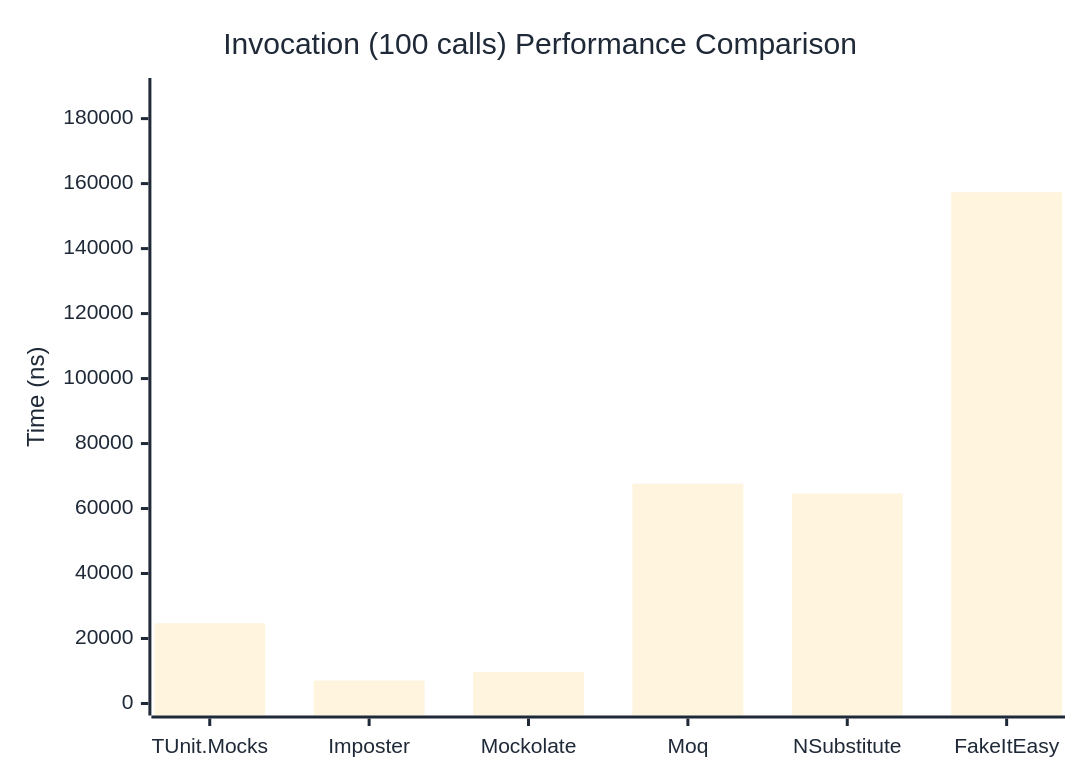
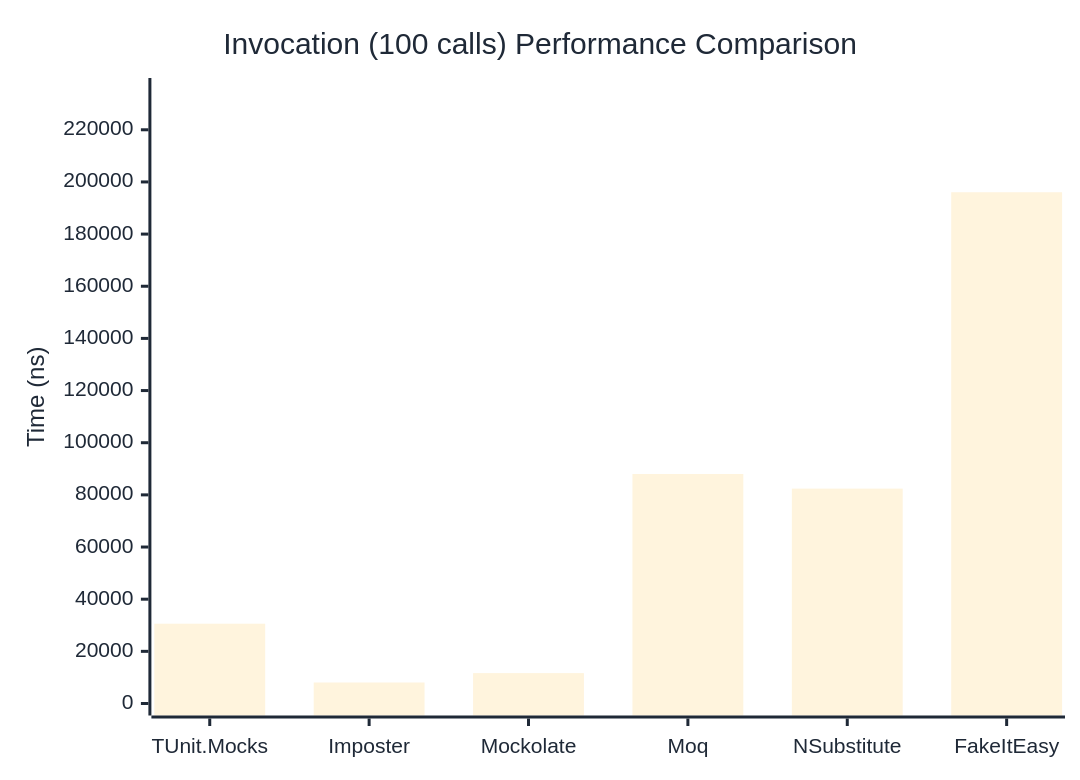
The third of 3 diagrams in docs/docs/benchmarks/mocks/Invocation.md (thomhurst/TUnit), drawn with Mermaid before and after one commit. The commit also changed other lines of this file and 14 other files, not shown here.

````diff
--- a/docs/docs/benchmarks/mocks/Invocation.md
+++ b/docs/docs/benchmarks/mocks/Invocation.md
@@ -112,27 +112,27 @@
 ```mermaid
 %%{init: {
   'theme':'base',
   'themeVariables': {
     'primaryColor': '#2563eb',
     'primaryTextColor': '#1f2937',
     'primaryBorderColor': '#1e40af',
     'lineColor': '#6b7280',
     'secondaryColor': '#7c3aed',
     'tertiaryColor': '#dc2626',
     'background': '#ffffff',
     'pie1': '#2563eb',
     'pie2': '#7c3aed',
     'pie3': '#dc2626',
     'pie4': '#f59e0b',
     'pie5': '#10b981',
     'pie6': '#06b6d4',
     'pie7': '#ec4899',
     'pie8': '#6366f1'
   }
 }}%%
 xychart-beta
   title "Invocation (100 calls) Performance Comparison"
   x-axis ["TUnit.Mocks", "Imposter", "Mockolate", "Moq", "NSubstitute", "FakeItEasy"]
-  y-axis "Time (ns)" 0 --> 188805
-  bar [24693.95, 7068.38, 9746.39, 67653.65, 64620.39, 157336.89]
+  y-axis "Time (ns)" 0 --> 235254
+  bar [30601.72, 8052.79, 11651.27, 88012.05, 82398.2, 196044.94]
 ```
````
